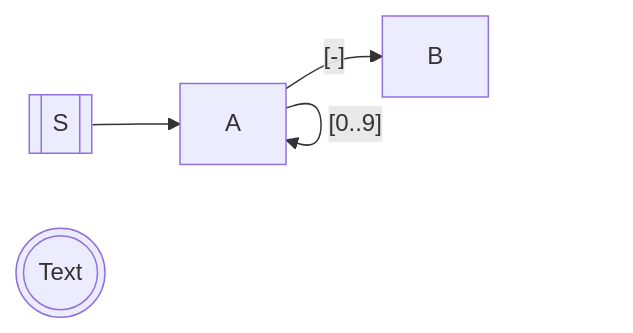
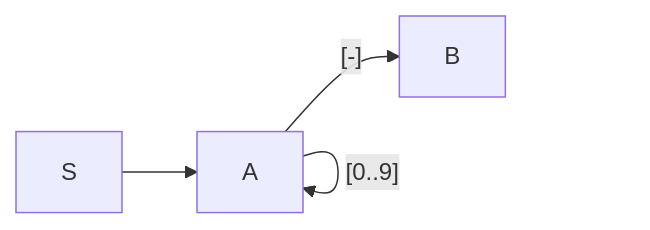
One commit to jepoen/screencasts changed the diagram in rust/adventofcode-2020/day02/README.md. Above: the diagram before and after it, drawn with Mermaid.

```diff
--- a/rust/adventofcode-2020/day02/README.md
+++ b/rust/adventofcode-2020/day02/README.md
@@ -45,9 +45,7 @@
 ~~~mermaid
 flowchart LR;
-S[[S]];
-Text(((Text)));
 
 S --> A;
 A -->|"[0..9]"|A;
 A -->|"[-]"|B;
 ~~~
```
